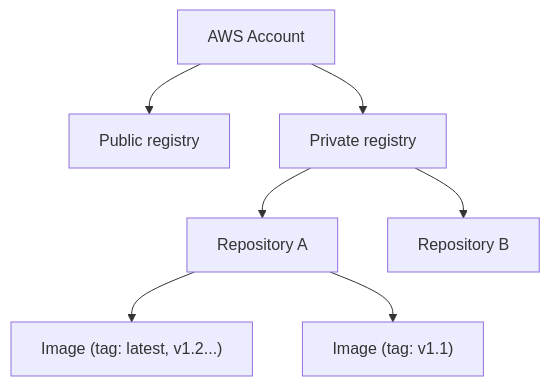
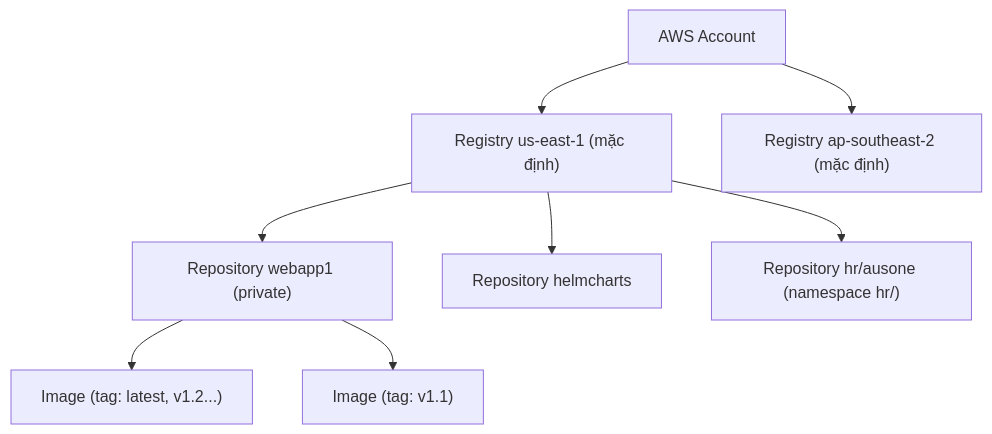
One commit to hairbui76/aws-saa-c03 changed the diagram in data/08 Containers/ECR.md. Above: the diagram before and after it, drawn with Mermaid. The commit also changed other lines of this file and 44 other files, not shown here.

````diff
--- a/data/08 Containers/ECR.md
+++ b/data/08 Containers/ECR.md
@@ -21,9 +29,10 @@
 ```mermaid
 flowchart TB
-  ACC["AWS Account"] --> PUB["Public registry"]
-  ACC --> PRI["Private registry"]
-  PRI --> R1["Repository A"]
-  PRI --> R2["Repository B"]
-  R1 --> I1["Image (tag: latest, v1.2...)"]
-  R1 --> I2["Image (tag: v1.1)"]
+  ACC["AWS Account"] --> R1["Registry us-east-1 (mặc định)"]
+  ACC --> R2["Registry ap-southeast-2 (mặc định)"]
+  R1 --> RP1["Repository webapp1 (private)"]
+  R1 --> RP2["Repository helmcharts"]
+  R1 --> RP3["Repository hr/ausone (namespace hr/)"]
+  RP1 --> I1["Image (tag: latest, v1.2...)"]
+  RP1 --> I2["Image (tag: v1.1)"]
 ```
````
